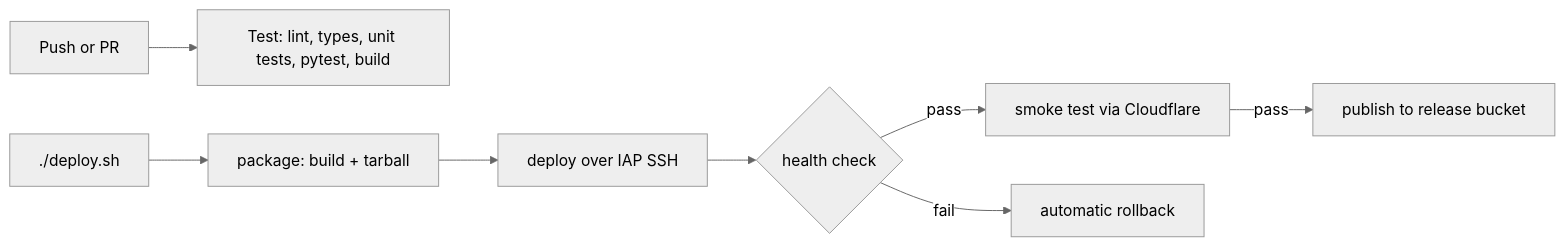
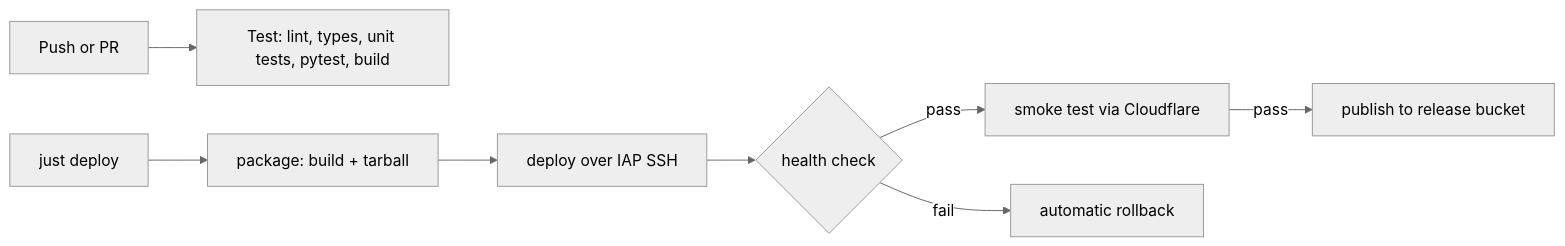
Before and after one commit to DefiantBurger/Website: the second of 2 diagrams in frontend/src/content/projects/personal-website-platform.md, drawn with Mermaid (neutral theme). The commit also changed other lines of this file and 18 other files, not shown here.

````diff
--- a/frontend/src/content/projects/personal-website-platform.md
+++ b/frontend/src/content/projects/personal-website-platform.md
@@ -173,10 +173,10 @@
 ```mermaid
 flowchart LR
     P[Push or PR] --> T[Test: lint, types, unit tests, pytest, build]
-    M[./deploy.sh] --> PK[package: build + tarball]
+    M[just deploy] --> PK[package: build + tarball]
     PK --> D[deploy over IAP SSH]
     D --> H{health check}
     H -->|pass| S[smoke test via Cloudflare]
     H -->|fail| R[automatic rollback]
     S -->|pass| B[publish to release bucket]
 ```
````
